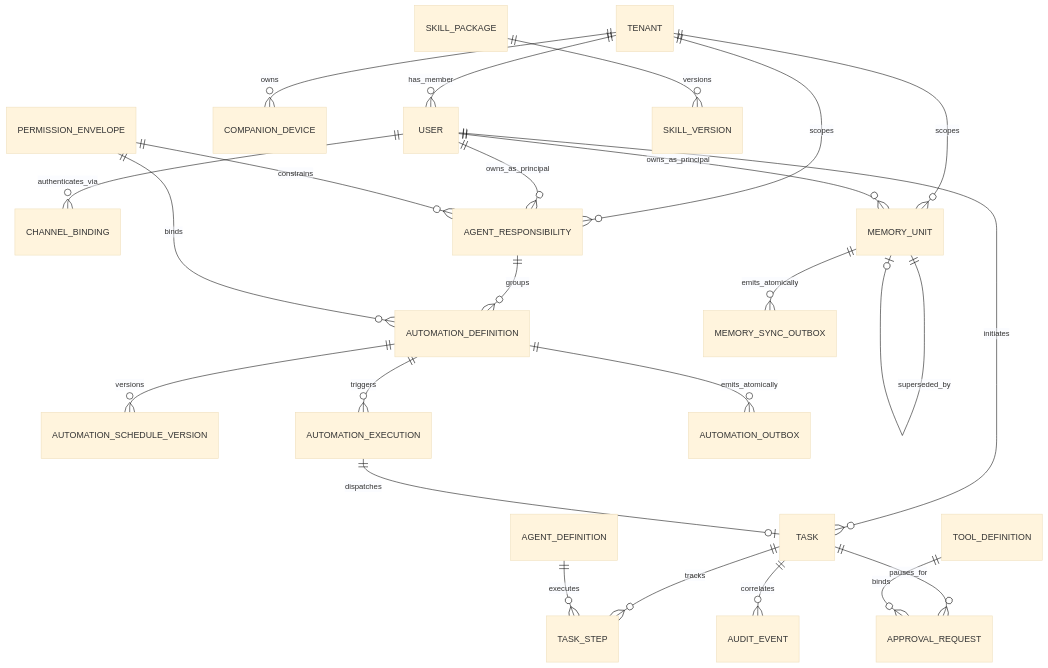
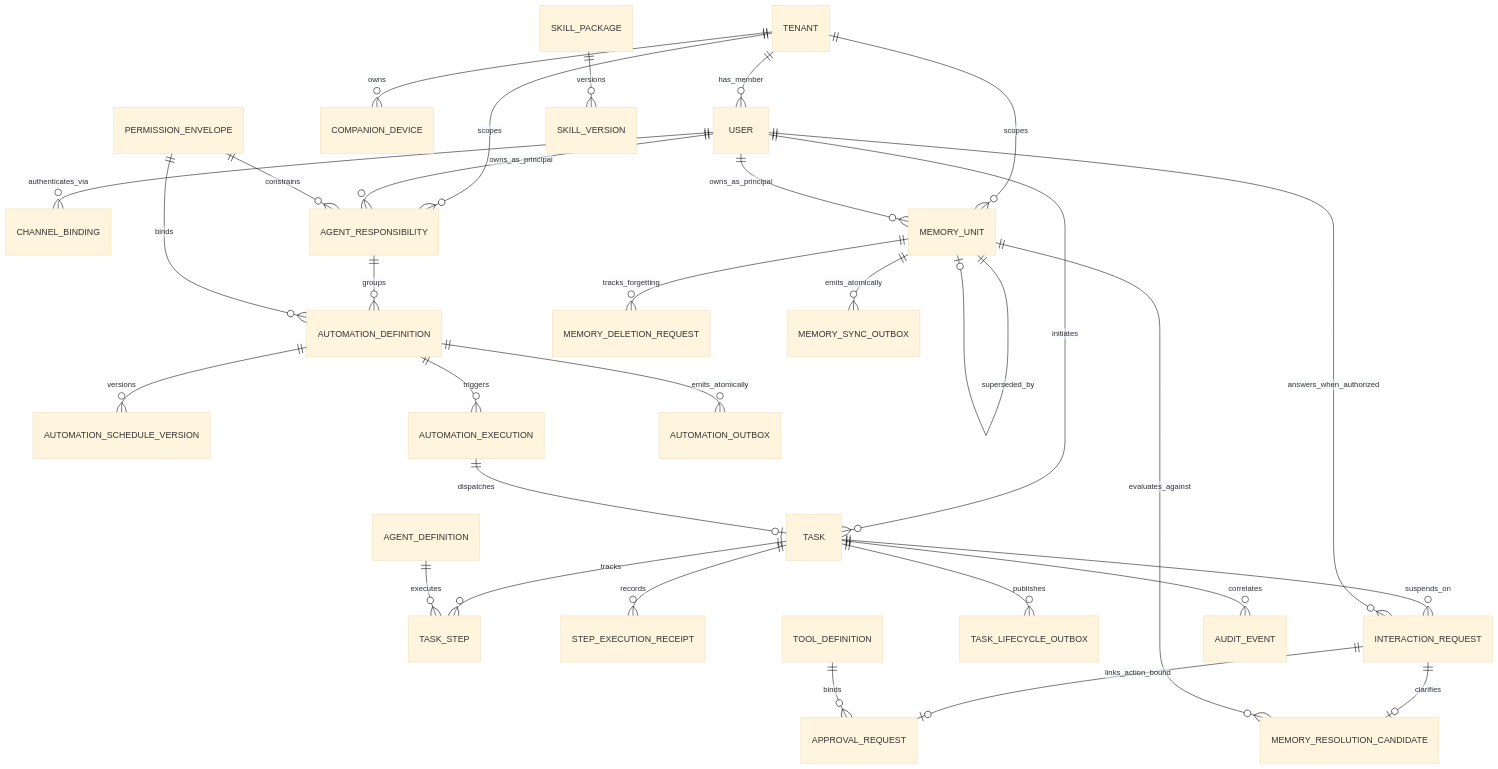
Before and after one commit to Abhishek-Kanti/Orbi: diagram 15 of 26 in docs/02-hld/system-architecture.md, drawn with Mermaid (base theme). The commit also changed other lines of this file and 11 other files, not shown here.

````diff
--- a/docs/02-hld/system-architecture.md
+++ b/docs/02-hld/system-architecture.md
@@ -868,26 +1273,33 @@
 ```mermaid
 erDiagram
     TENANT ||--o{ USER : has_member
     USER ||--o{ CHANNEL_BINDING : authenticates_via
     USER ||--o{ TASK : initiates
     TENANT ||--o{ COMPANION_DEVICE : owns
     TENANT ||--o{ AGENT_RESPONSIBILITY : scopes
     USER ||--o{ AGENT_RESPONSIBILITY : owns_as_principal
     PERMISSION_ENVELOPE ||--o{ AGENT_RESPONSIBILITY : constrains
     AGENT_RESPONSIBILITY ||--o{ AUTOMATION_DEFINITION : groups
     PERMISSION_ENVELOPE ||--o{ AUTOMATION_DEFINITION : binds
     AUTOMATION_DEFINITION ||--o{ AUTOMATION_SCHEDULE_VERSION : versions
     AUTOMATION_DEFINITION ||--o{ AUTOMATION_EXECUTION : triggers
     AUTOMATION_DEFINITION ||--o{ AUTOMATION_OUTBOX : emits_atomically
     AUTOMATION_EXECUTION ||--o| TASK : dispatches
     TASK ||--o{ TASK_STEP : tracks
-    TASK ||--o{ APPROVAL_REQUEST : pauses_for
+    TASK ||--o{ STEP_EXECUTION_RECEIPT : records
+    TASK ||--o{ INTERACTION_REQUEST : suspends_on
+    TASK ||--o{ TASK_LIFECYCLE_OUTBOX : publishes
+    USER ||--o{ INTERACTION_REQUEST : answers_when_authorized
+    INTERACTION_REQUEST ||--o| APPROVAL_REQUEST : links_action_bound
+    INTERACTION_REQUEST ||--o| MEMORY_RESOLUTION_CANDIDATE : clarifies
     AGENT_DEFINITION ||--o{ TASK_STEP : executes
     TOOL_DEFINITION ||--o{ APPROVAL_REQUEST : binds
     TENANT ||--o{ MEMORY_UNIT : scopes
     USER ||--o{ MEMORY_UNIT : owns_as_principal
     MEMORY_UNIT ||--o| MEMORY_UNIT : superseded_by
+    MEMORY_UNIT ||--o{ MEMORY_RESOLUTION_CANDIDATE : evaluates_against
+    MEMORY_UNIT ||--o{ MEMORY_DELETION_REQUEST : tracks_forgetting
     MEMORY_UNIT ||--o{ MEMORY_SYNC_OUTBOX : emits_atomically
     SKILL_PACKAGE ||--o{ SKILL_VERSION : versions
     TASK ||--o{ AUDIT_EVENT : correlates
 ```
````
